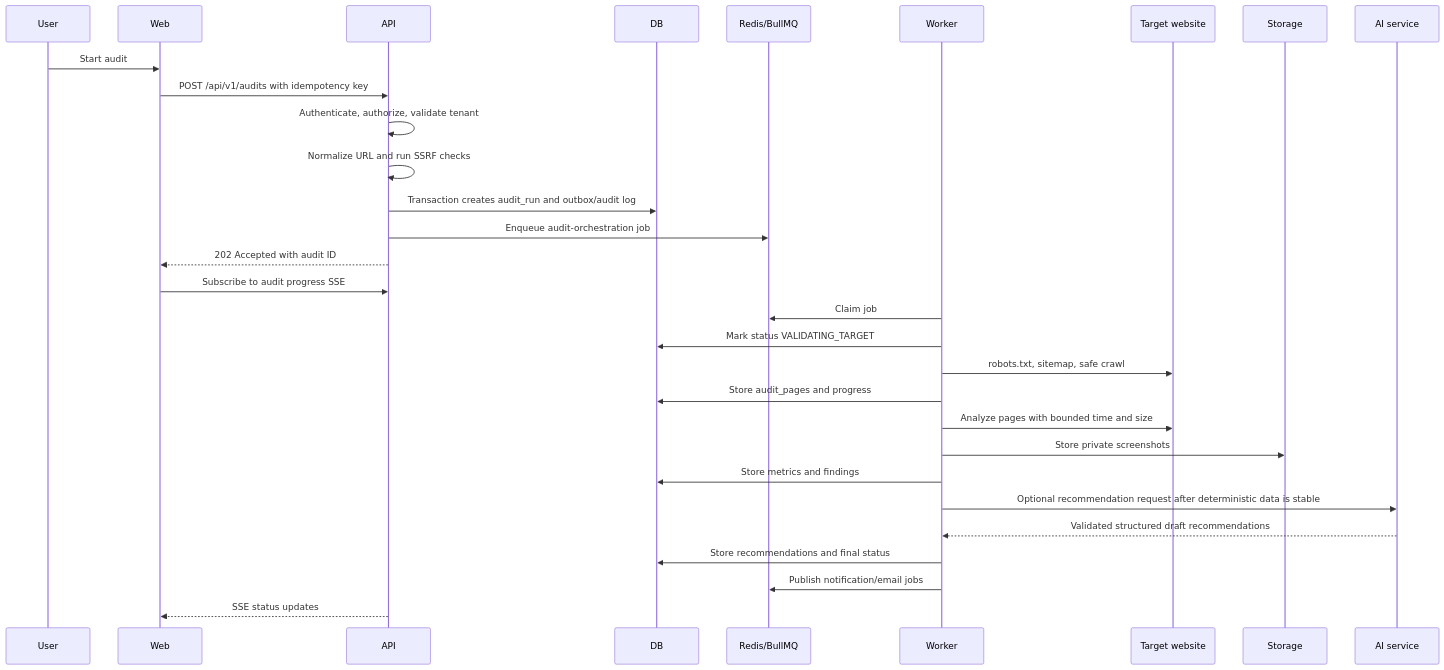
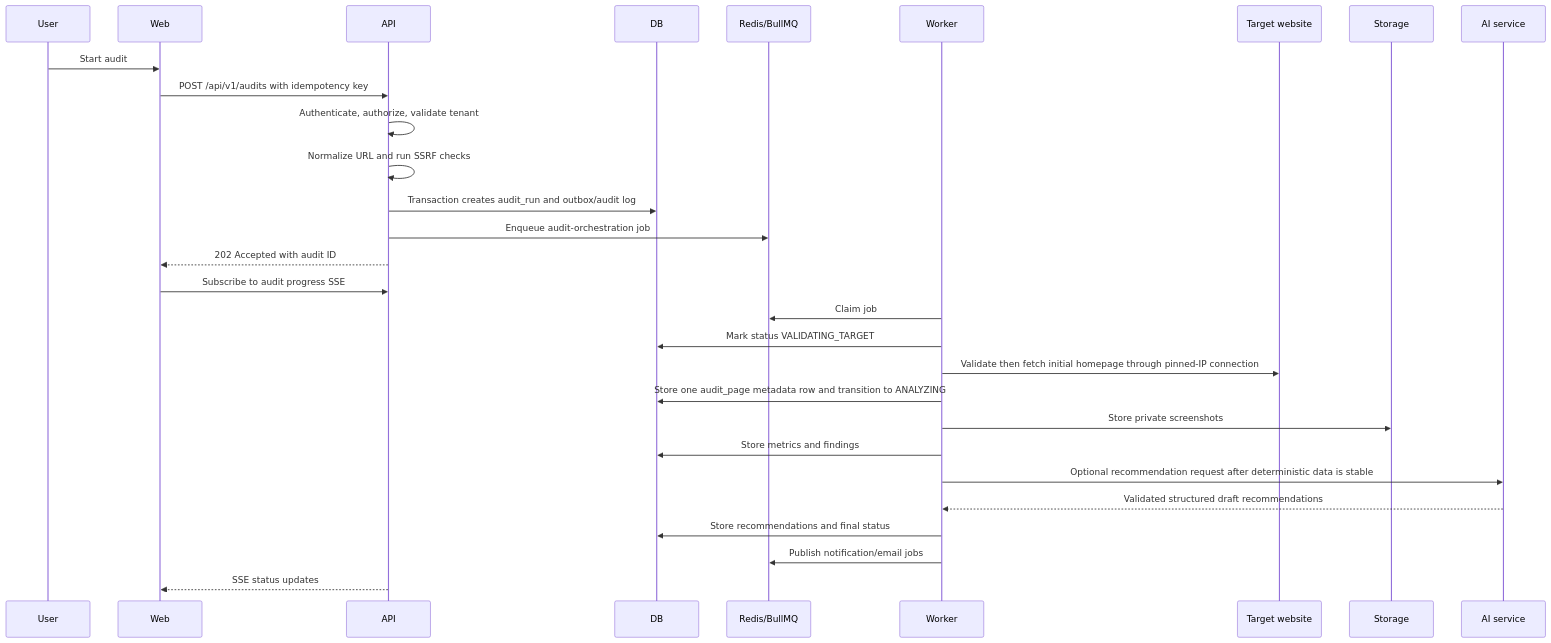
The first of 4 diagrams in docs/architecture/data-flow.md (codelikeharsh/GrowthOS), drawn with Mermaid before and after one commit. The commit also changed other lines of this file and 15 other files, not shown here.

Commit message:
feat: add secure homepage audit worker

````diff
--- a/docs/architecture/data-flow.md
+++ b/docs/architecture/data-flow.md
@@ -5,33 +5,32 @@
 ```mermaid
 sequenceDiagram
   participant User
   participant Web
   participant API
   participant DB
   participant Queue as Redis/BullMQ
   participant Worker
   participant Site as Target website
   participant Storage
   participant AI as AI service
 
   User->>Web: Start audit
   Web->>API: POST /api/v1/audits with idempotency key
   API->>API: Authenticate, authorize, validate tenant
   API->>API: Normalize URL and run SSRF checks
   API->>DB: Transaction creates audit_run and outbox/audit log
   API->>Queue: Enqueue audit-orchestration job
   API-->>Web: 202 Accepted with audit ID
   Web->>API: Subscribe to audit progress SSE
   Worker->>Queue: Claim job
   Worker->>DB: Mark status VALIDATING_TARGET
-  Worker->>Site: robots.txt, sitemap, safe crawl
-  Worker->>DB: Store audit_pages and progress
-  Worker->>Site: Analyze pages with bounded time and size
+  Worker->>Site: Validate then fetch initial homepage through pinned-IP connection
+  Worker->>DB: Store one audit_page metadata row and transition to ANALYZING
   Worker->>Storage: Store private screenshots
   Worker->>DB: Store metrics and findings
   Worker->>AI: Optional recommendation request after deterministic data is stable
   AI-->>Worker: Validated structured draft recommendations
   Worker->>DB: Store recommendations and final status
   Worker->>Queue: Publish notification/email jobs
   API-->>Web: SSE status updates
 ```
````
